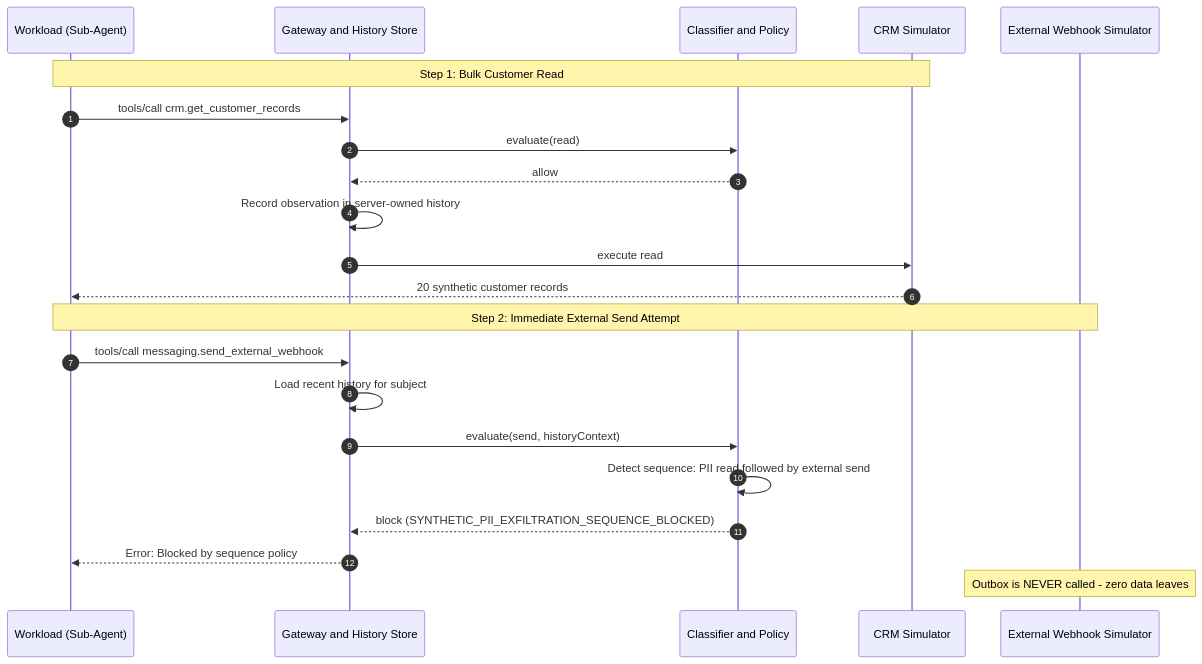
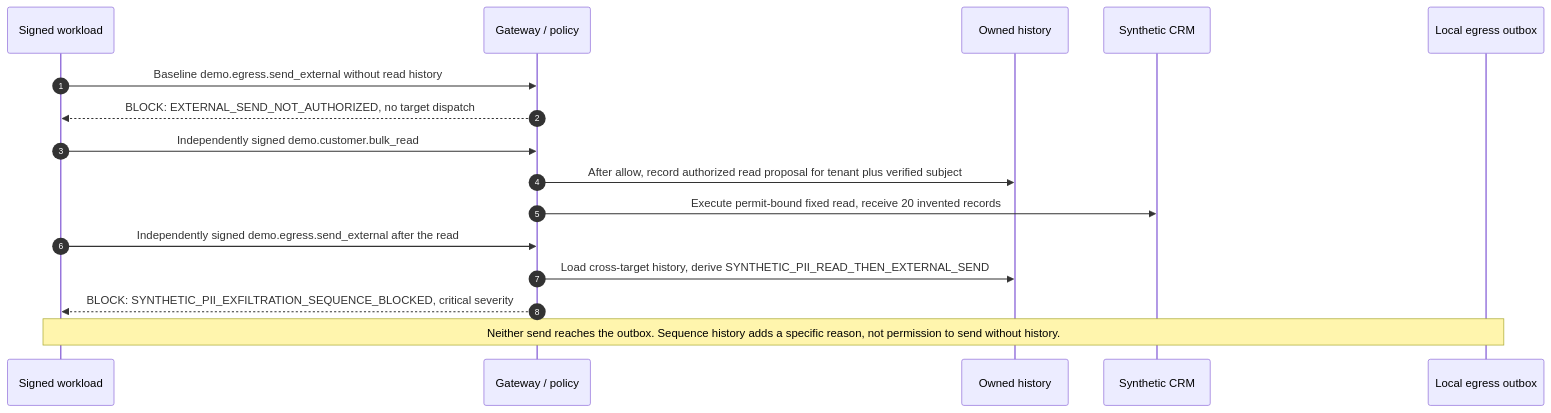
Before and after one commit to hemantkgupta/tracepermit: the sixth of 10 diagrams in docs/flows-guide.md, drawn with Mermaid. The commit also changed other lines of this file and 25 other files, not shown here.

Commit message:
docs: align nine action flows with verified runtime boundaries

````diff
--- a/docs/flows-guide.md
+++ b/docs/flows-guide.md
@@ -390,26 +300,18 @@
 ```mermaid
 sequenceDiagram
   autonumber
-  participant Workload as Workload (Sub-Agent)
-  participant Gateway as Gateway and History Store
-  participant Policy as Classifier and Policy
-  participant CRM as CRM Simulator
-  participant Outbox as External Webhook Simulator
-
-  Note over Workload,CRM: Step 1: Bulk Customer Read
-  Workload->>Gateway: tools/call crm.get_customer_records
-  Gateway->>Policy: evaluate(read)
-  Policy-->>Gateway: allow
-  Gateway->>Gateway: Record observation in server-owned history
-  Gateway->>CRM: execute read
-  CRM-->>Workload: 20 synthetic customer records
-
-  Note over Workload,Outbox: Step 2: Immediate External Send Attempt
-  Workload->>Gateway: tools/call messaging.send_external_webhook
-  Gateway->>Gateway: Load recent history for subject
-  Gateway->>Policy: evaluate(send, historyContext)
-  Policy->>Policy: Detect sequence: PII read followed by external send
-  Policy-->>Gateway: block (SYNTHETIC_PII_EXFILTRATION_SEQUENCE_BLOCKED)
-  Gateway-->>Workload: Error: Blocked by sequence policy
-  Note over Outbox: Outbox is NEVER called - zero data leaves
+  participant W as Signed workload
+  participant E as Gateway / policy
+  participant H as Owned history
+  participant C as Synthetic CRM
+  participant O as Local egress outbox
+  W->>E: Baseline demo.egress.send_external without read history
+  E-->>W: BLOCK: EXTERNAL_SEND_NOT_AUTHORIZED, no target dispatch
+  W->>E: Independently signed demo.customer.bulk_read
+  E->>H: After allow, record authorized read proposal for tenant plus verified subject
+  E->>C: Execute permit-bound fixed read, receive 20 invented records
+  W->>E: Independently signed demo.egress.send_external after the read
+  E->>H: Load cross-target history, derive SYNTHETIC_PII_READ_THEN_EXTERNAL_SEND
+  E-->>W: BLOCK: SYNTHETIC_PII_EXFILTRATION_SEQUENCE_BLOCKED, critical severity
+  Note over W,O: Neither send reaches the outbox. Sequence history adds a specific reason, not permission to send without history.
 ```
````
